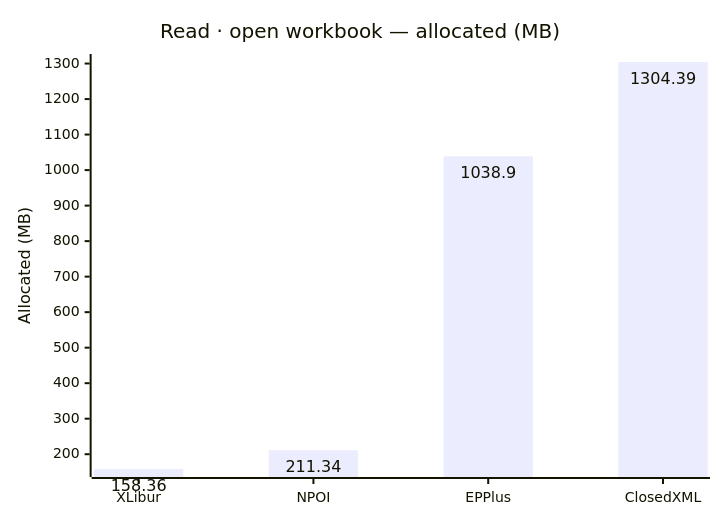
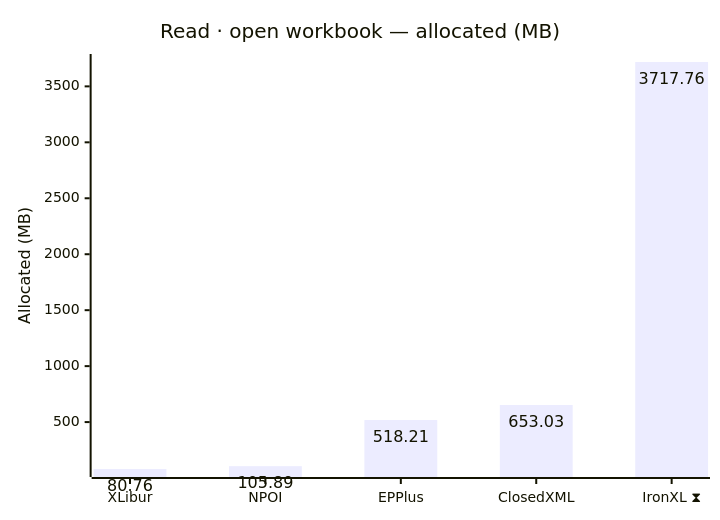
Before and after one commit to jafin/XLBench: the second of 10 diagrams in docs/results-ci.md, drawn with Mermaid. The commit also changed other lines of this file, not shown here.

````diff
--- a/docs/results-ci.md
+++ b/docs/results-ci.md
@@ -49,12 +54,12 @@
 ```mermaid
 ---
 config:
   xyChart:
     showDataLabel: true
 ---
 xychart-beta
     title "Read · open workbook — allocated (MB)"
-    x-axis ["XLibur", "NPOI", "EPPlus", "ClosedXML"]
+    x-axis ["XLibur", "NPOI", "EPPlus", "ClosedXML", "IronXL ⧗"]
     y-axis "Allocated (MB)"
-    bar [158.36, 211.34, 1038.9, 1304.39]
+    bar [80.76, 105.89, 518.21, 653.03, 3717.76]
 ```
````
